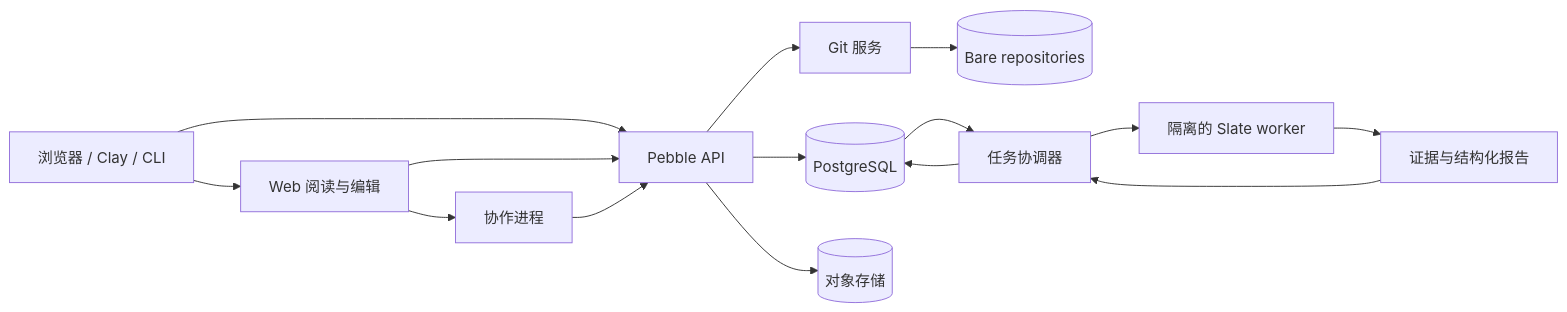
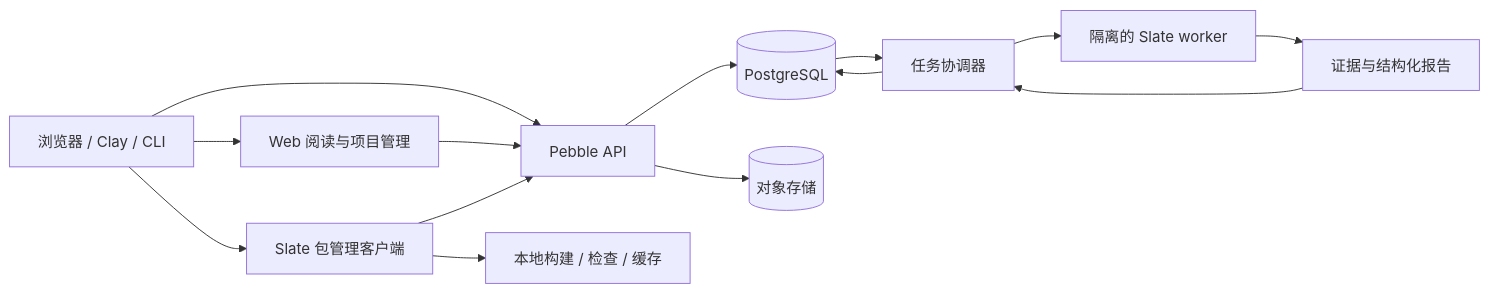
One commit to sair-math-dev/pebble changed the diagram in docs/technical-research.md. Above: the diagram before and after it, drawn with Mermaid. The commit also changed other lines of this file and 4 other files, not shown here.

````diff
--- a/docs/technical-research.md
+++ b/docs/technical-research.md
@@ -25,17 +26,16 @@
 ```mermaid
 flowchart LR
   U[浏览器 / Clay / CLI] --> A[Pebble API]
-  U --> W[Web 阅读与编辑]
+  U --> W[Web 阅读与项目管理]
   W --> A
-  W --> C[协作进程]
-  C --> A
   A --> P[(PostgreSQL)]
-  A --> G[Git 服务]
-  G --> R[(Bare repositories)]
+  U --> L[Slate 包管理客户端]
+  L --> A
+  L --> B[本地构建 / 检查 / 缓存]
   A --> O[(对象存储)]
   P --> J[任务协调器]
   J --> V[隔离的 Slate worker]
   V --> E[证据与结构化报告]
   E --> J
   J --> P
 ```
````
